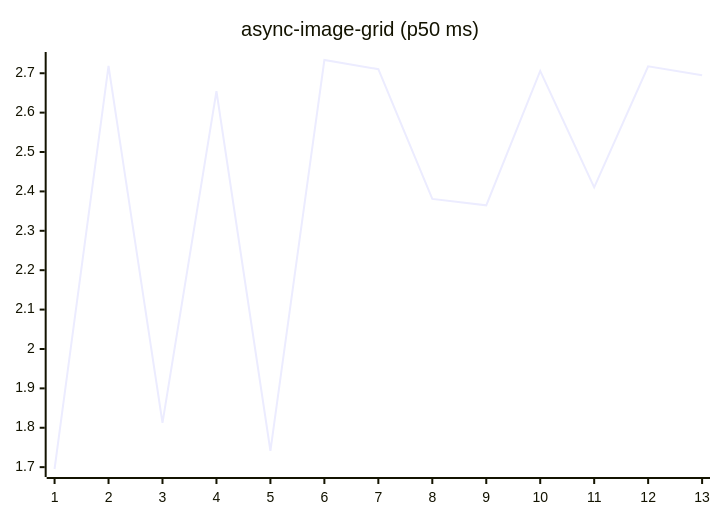
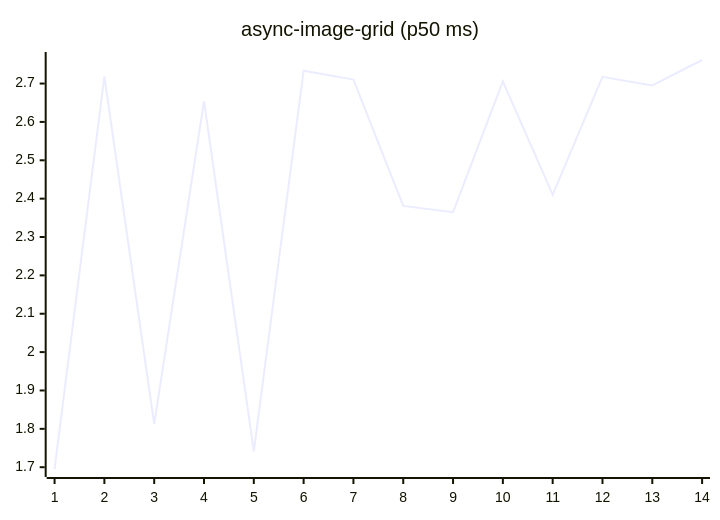
Before and after one commit to josha/Facet: the fifth of 27 diagrams in README.md, drawn with Mermaid. The commit also changed other lines of this file and 2 other files, not shown here.

````diff
--- a/README.md
+++ b/README.md
@@ -91,6 +91,6 @@
 ```mermaid
 xychart-beta
     title "async-image-grid (p50 ms)"
-    x-axis 1 --> 13
-    line [1.6953, 2.7184, 1.8124, 2.6543, 1.7415, 2.7336, 2.7103, 2.3810, 2.3646, 2.7059, 2.4103, 2.7175, 2.6949]
+    x-axis 1 --> 14
+    line [1.6953, 2.7184, 1.8124, 2.6543, 1.7415, 2.7336, 2.7103, 2.3810, 2.3646, 2.7059, 2.4103, 2.7175, 2.6949, 2.7614]
 ```
````
